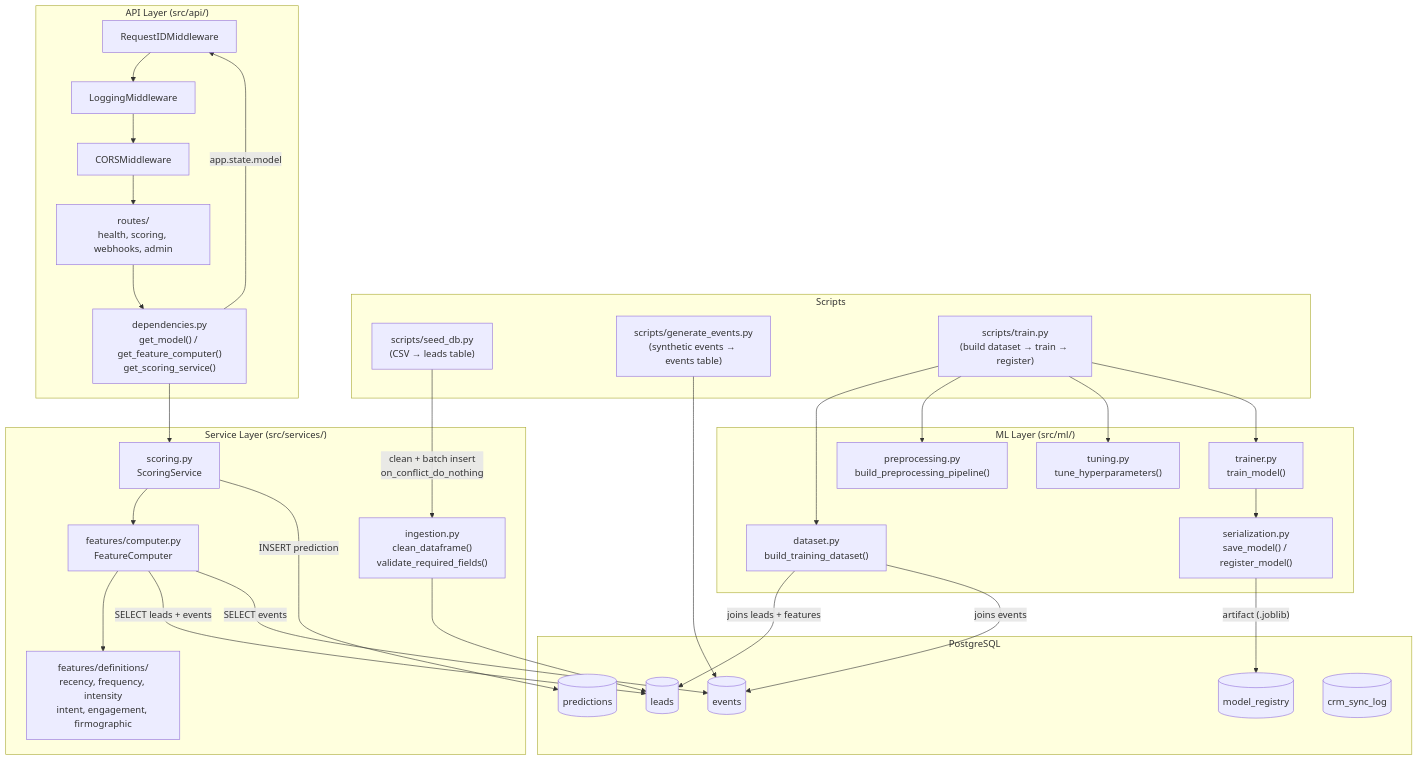
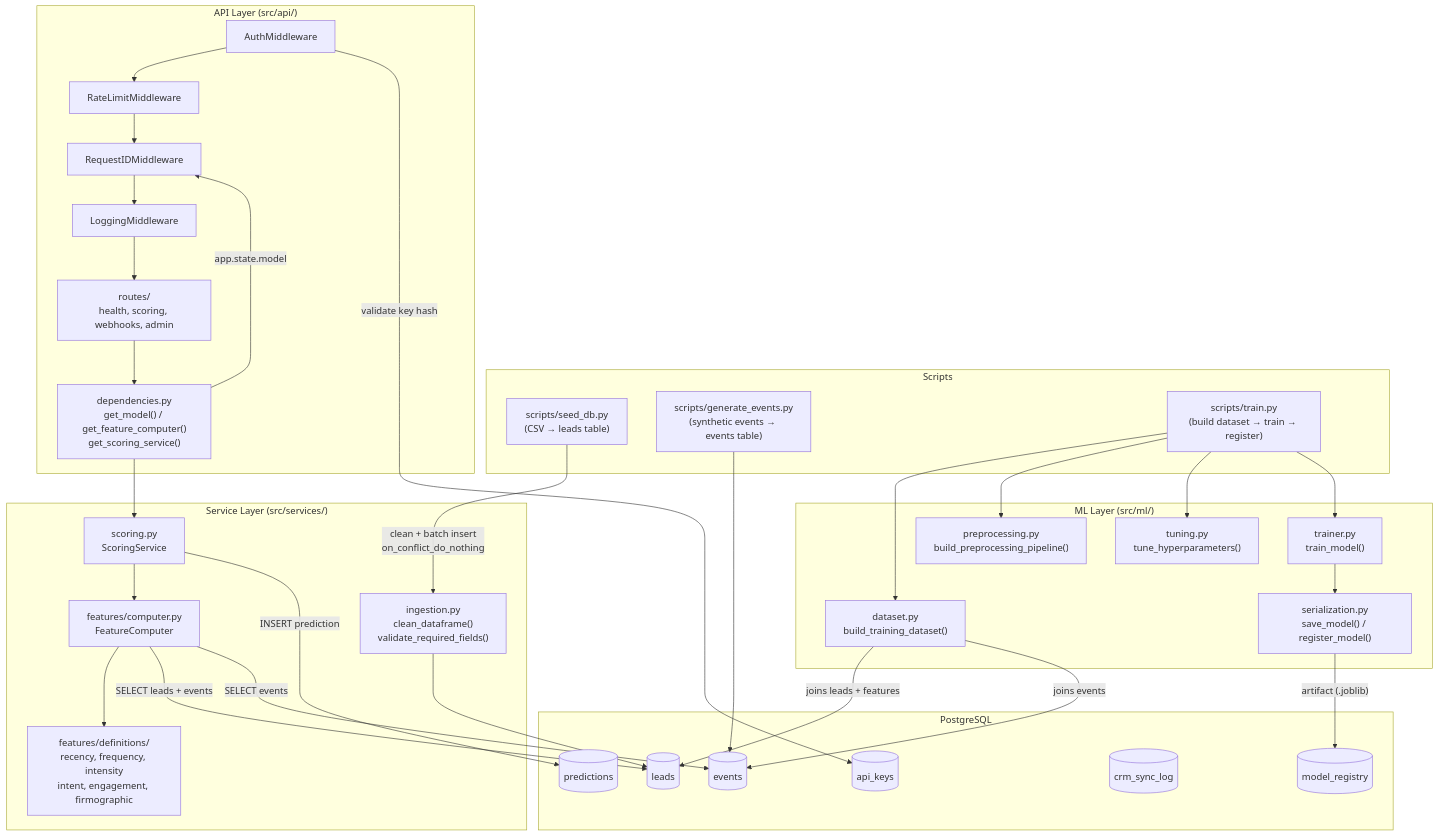
One commit to asong65535/lead-scoring changed the diagram in docs/architecture.md. Above: the diagram before and after it, drawn with Mermaid. The commit also changed other lines of this file and 5 other files, not shown here.

````diff
--- a/docs/architecture.md
+++ b/docs/architecture.md
@@ -11,65 +11,69 @@
 ```mermaid
 flowchart TD
     subgraph Scripts
         seed["scripts/seed_db.py\n(CSV → leads table)"]
         gentevents["scripts/generate_events.py\n(synthetic events → events table)"]
         train["scripts/train.py\n(build dataset → train → register)"]
     end
 
     subgraph ML["ML Layer (src/ml/)"]
         dataset["dataset.py\nbuild_training_dataset()"]
         preproc["preprocessing.py\nbuild_preprocessing_pipeline()"]
         trainer["trainer.py\ntrain_model()"]
         tuning["tuning.py\ntune_hyperparameters()"]
         serial["serialization.py\nsave_model() / register_model()"]
     end
 
     subgraph Services["Service Layer (src/services/)"]
         ingestion["ingestion.py\nclean_dataframe()\nvalidate_required_fields()"]
         featcomp["features/computer.py\nFeatureComputer"]
         featdefs["features/definitions/\nrecency, frequency, intensity\nintent, engagement, firmographic"]
         scoring["scoring.py\nScoringService"]
     end
 
     subgraph API["API Layer (src/api/)"]
         mw_rid["RequestIDMiddleware"]
         mw_log["LoggingMiddleware"]
-        mw_cors["CORSMiddleware"]
+        mw_rl["RateLimitMiddleware"]
+        mw_auth["AuthMiddleware"]
         routes["routes/\nhealth, scoring, webhooks, admin"]
         di["dependencies.py\nget_model() / get_feature_computer()\nget_scoring_service()"]
     end
 
     subgraph DB["PostgreSQL"]
         leads[("leads")]
         events[("events")]
         predictions[("predictions")]
         registry[("model_registry")]
         crmsync[("crm_sync_log")]
+        apikeys[("api_keys")]
     end
 
     seed -->|"clean + batch insert\non_conflict_do_nothing"| ingestion
     ingestion --> leads
     gentevents --> events
 
     train --> dataset
     dataset -->|"joins leads + features"| leads
     dataset -->|"joins events"| events
     train --> preproc
     train --> tuning
     train --> trainer
     trainer --> serial
     serial -->|"artifact (.joblib)"| registry
 
     routes --> di
     di -->|"app.state.model"| mw_rid
     di --> scoring
     scoring --> featcomp
     featcomp --> featdefs
     featcomp -->|"SELECT leads + events"| leads
     featcomp -->|"SELECT events"| events
     scoring -->|"INSERT prediction"| predictions
 
+    mw_auth --> mw_rl
+    mw_rl --> mw_rid
     mw_rid --> mw_log
-    mw_log --> mw_cors
-    mw_cors --> routes
+    mw_log --> routes
+    mw_auth -->|"validate key hash"| apikeys
 ```
````
